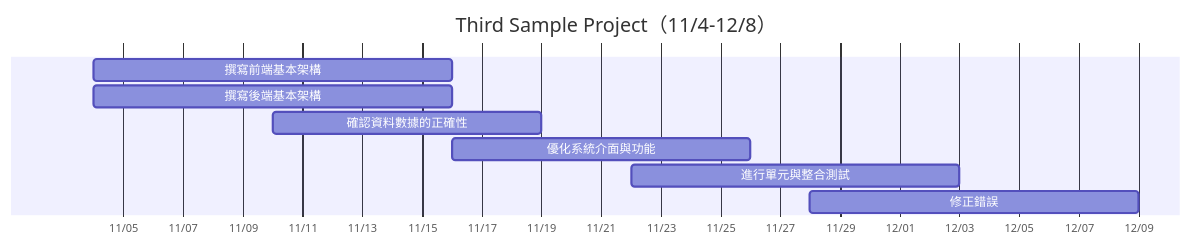
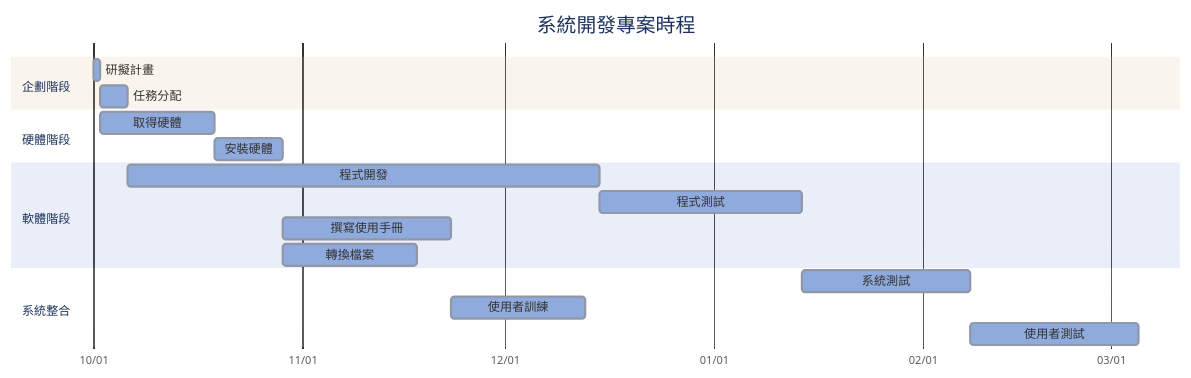
Before and after one commit to c112118223/114-B: the first of 2 diagrams in hw2.md, drawn with Mermaid. The commit also changed other lines of this file, not shown here.

````diff
--- a/hw2.md
+++ b/hw2.md
@@ -24,13 +2,28 @@
 ```mermaid
+%%{init: {'theme': 'base', 'themeVariables': { 'primaryColor': '#8FAADC', 'fontFamily': 'Noto Sans TC'}}}%%
 gantt
-    title Third Sample Project（11/4-12/8）
+    title 系統開發專案時程
     dateFormat  YYYY-MM-DD
     axisFormat  %m/%d
     todayMarker off
-    撰寫前端基本架構                 :c1, 2025-11-04, 12d
-    撰寫後端基本架構                 :c2, 2025-11-04, 12d
-    確認資料數據的正確性             :c3, 2025-11-10, 9d
-    優化系統介面與功能               :c4, 2025-11-16, 10d
-    進行單元與整合測試               :c5, 2025-11-22, 11d
-    修正錯誤                         :c6, 2025-11-28, 11d
+
+    section 企劃階段
+    研擬計畫          :a1, 2025-10-01, 1d
+    任務分配          :a2, after a1, 4d
+
+    section 硬體階段
+    取得硬體          :a3, after a1, 17d
+    安裝硬體          :a5, after a3, 10d
+
+    section 軟體階段
+    程式開發          :a4, after a2, 70d
+    程式測試          :a6, after a4, 30d
+    撰寫使用手冊      :a7, after a5, 25d
+    轉換檔案          :a8, after a5, 20d
+
+    section 系統整合
+    系統測試          :a9, after a6, 25d
+    使用者訓練        :a10, after a7 a8, 20d
+    使用者測試        :a11, after a9 a10, 25d
+
 ```
````
